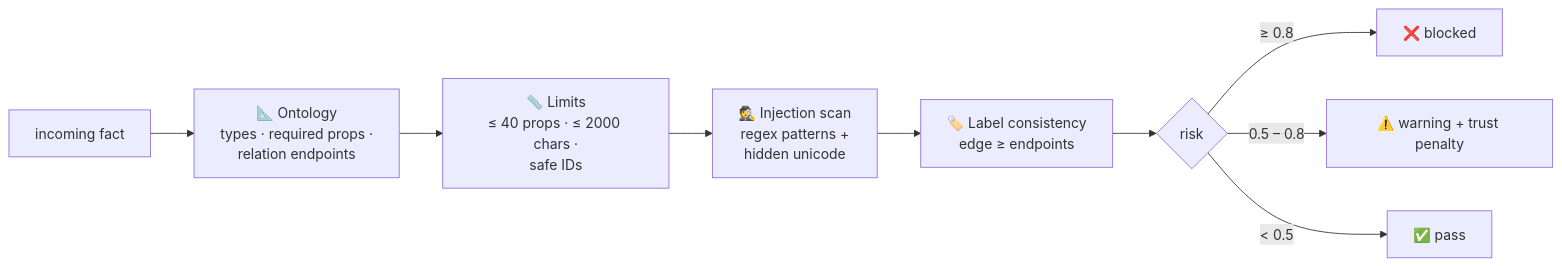
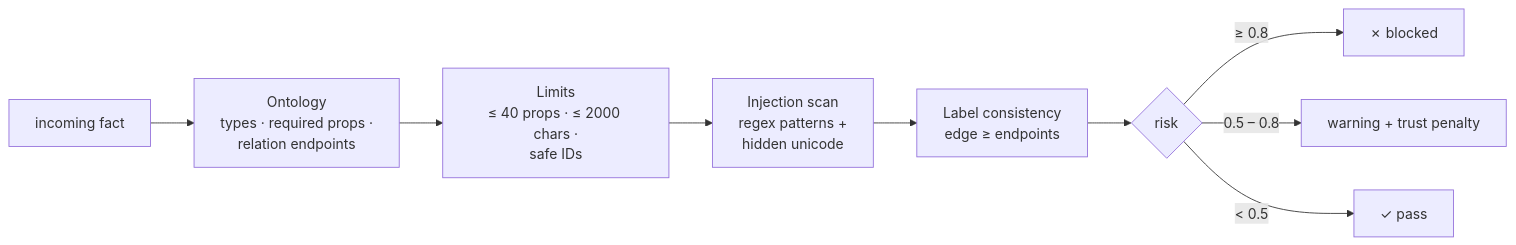
Before and after one commit to Prashasthi-18/Secure-Dynamic-Knowledge-Graph: the seventh of 14 diagrams in README.md, drawn with Mermaid. The commit also changed other lines of this file and 25 other files, not shown here.

````diff
--- a/README.md
+++ b/README.md
@@ -323,11 +355,11 @@
 ```mermaid
 flowchart LR
-    IN["incoming fact"] --> ONT["📐 Ontology<br/>types · required props ·<br/>relation endpoints"]
-    ONT --> SIZE["📏 Limits<br/>≤ 40 props · ≤ 2000 chars ·<br/>safe IDs"]
-    SIZE --> SCAN["🕵️ Injection scan<br/>regex patterns +<br/>hidden unicode"]
-    SCAN --> LBL["🏷️ Label consistency<br/>edge ≥ endpoints"]
+    IN["incoming fact"] --> ONT["Ontology<br/>types · required props ·<br/>relation endpoints"]
+    ONT --> SIZE["Limits<br/>≤ 40 props · ≤ 2000 chars ·<br/>safe IDs"]
+    SIZE --> SCAN["Injection scan<br/>regex patterns +<br/>hidden unicode"]
+    SCAN --> LBL["Label consistency<br/>edge ≥ endpoints"]
     LBL --> OUT{"risk"}
-    OUT -- "≥ 0.8" --> B["❌ blocked"]
-    OUT -- "0.5 – 0.8" --> WN["⚠️ warning + trust penalty"]
-    OUT -- "< 0.5" --> OK["✅ pass"]
+    OUT -- "≥ 0.8" --> B["✗ blocked"]
+    OUT -- "0.5 – 0.8" --> WN["warning + trust penalty"]
+    OUT -- "< 0.5" --> OK["✓ pass"]
 ```
````
